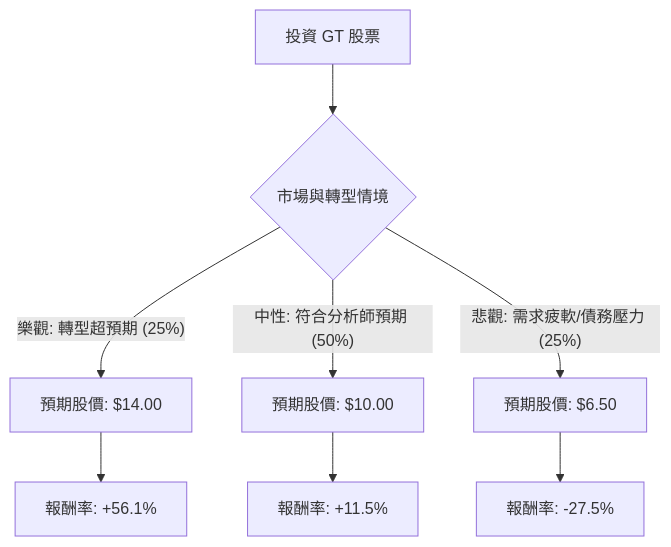
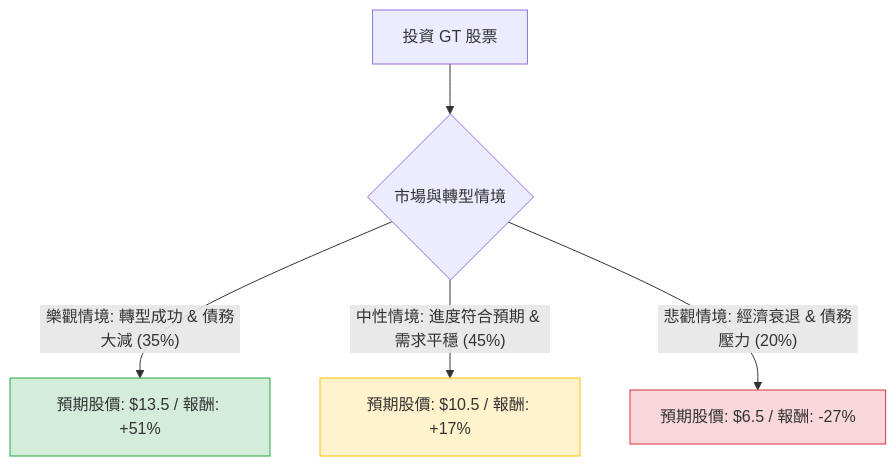
One commit to zmcx16/zmcx16.github.io changed the diagram in plugin-react/ai-analysis/ev-analysis/GT.md. Above: the diagram before and after it, drawn with Mermaid. The commit also changed other lines of this file and 80 other files, not shown here.

````diff
--- a/plugin-react/ai-analysis/ev-analysis/GT.md
+++ b/plugin-react/ai-analysis/ev-analysis/GT.md
@@ -18,12 +17,12 @@
 ```mermaid
 graph TD
     A[投資 GT 股票] --> B{市場與轉型情境}
     
-    B -- 樂觀: 轉型超預期 (25%) --> C[預期股價: $14.00]
-    B -- 中性: 符合分析師預期 (50%) --> D[預期股價: $10.00]
-    B -- 悲觀: 需求疲軟/債務壓力 (25%) --> E[預期股價: $6.50]
+    B -- 樂觀情境: 轉型成功 & 債務大減 (35%) --> C[預期股價: $13.5 / 報酬: +51%]
+    B -- 中性情境: 進度符合預期 & 需求平穩 (45%) --> D[預期股價: $10.5 / 報酬: +17%]
+    B -- 悲觀情境: 經濟衰退 & 債務壓力 (20%) --> E[預期股價: $6.5 / 報酬: -27%]
 
-    C --> C1[報酬率: +56.1%]
-    D --> D1[報酬率: +11.5%]
-    E --> E1[報酬率: -27.5%]
+    style C fill:#d4edda,stroke:#28a745
+    style D fill:#fff3cd,stroke:#ffc107
+    style E fill:#f8d7da,stroke:#dc3545
 ```
````
